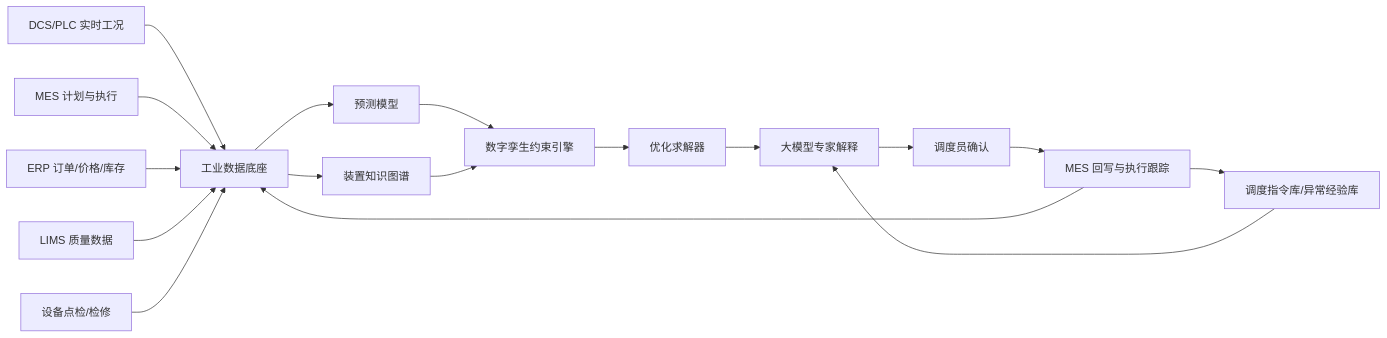
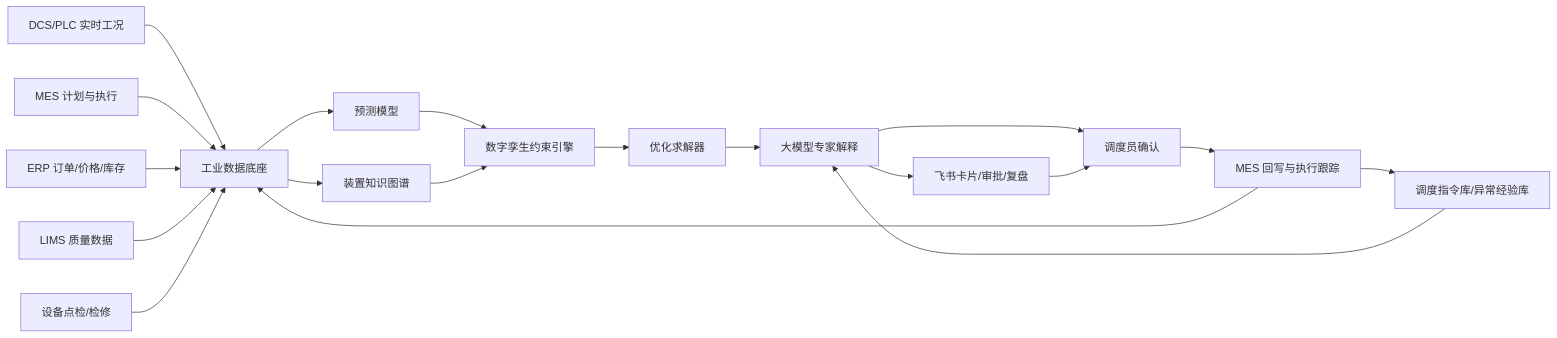
The diagram in docs/architecture.md (zhijinDeng/synthesis-ammonia), drawn with Mermaid before and after one commit. The commit also changed other lines of this file and 6 other files, not shown here.

````diff
--- a/docs/architecture.md
+++ b/docs/architecture.md
@@ -24,19 +24,21 @@
 ```mermaid
 flowchart LR
   A[DCS/PLC 实时工况] --> D[工业数据底座]
   B[MES 计划与执行] --> D
   C[ERP 订单/价格/库存] --> D
   E[LIMS 质量数据] --> D
   F[设备点检/检修] --> D
   D --> G[预测模型]
   D --> H[装置知识图谱]
   G --> I[数字孪生约束引擎]
   H --> I
   I --> J[优化求解器]
   J --> K[大模型专家解释]
   K --> L[调度员确认]
+  K --> O[飞书卡片/审批/复盘]
+  O --> L[调度员确认]
   L --> M[MES 回写与执行跟踪]
   M --> D
   M --> N[调度指令库/异常经验库]
   N --> K
 ```
````
